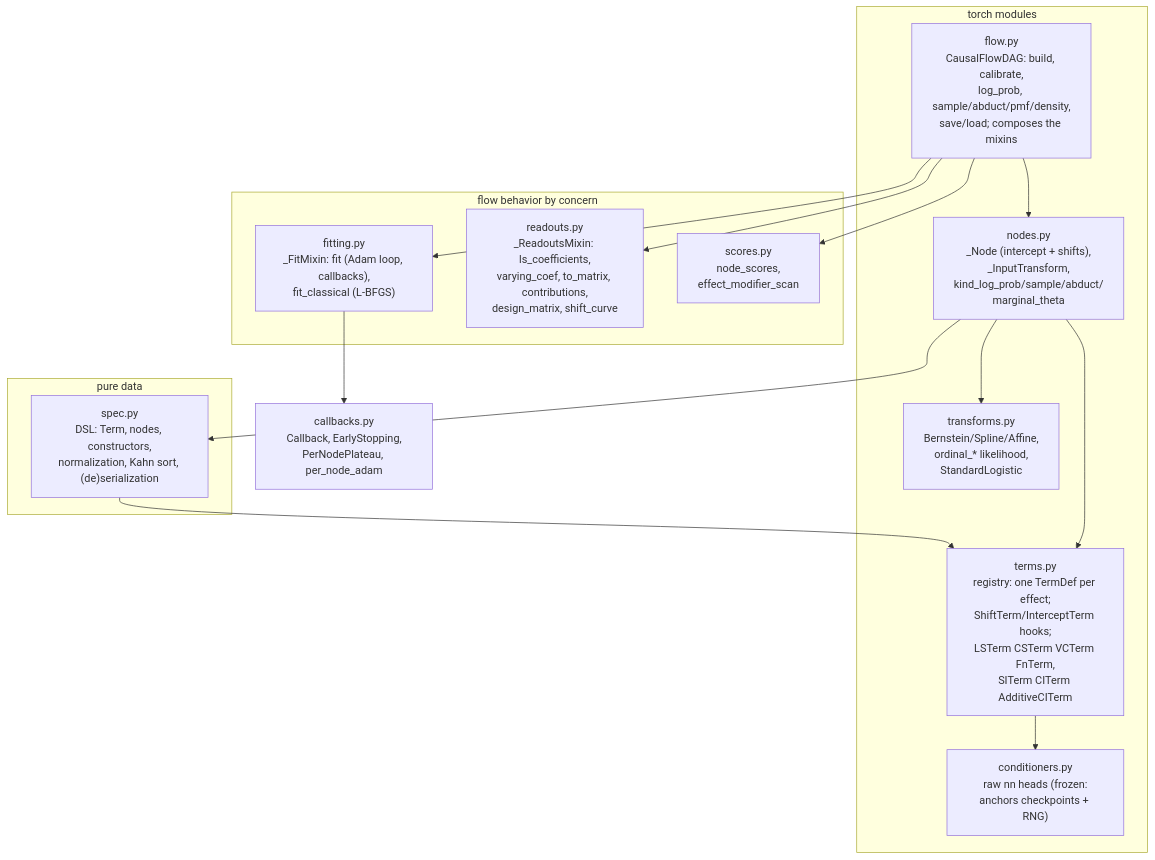
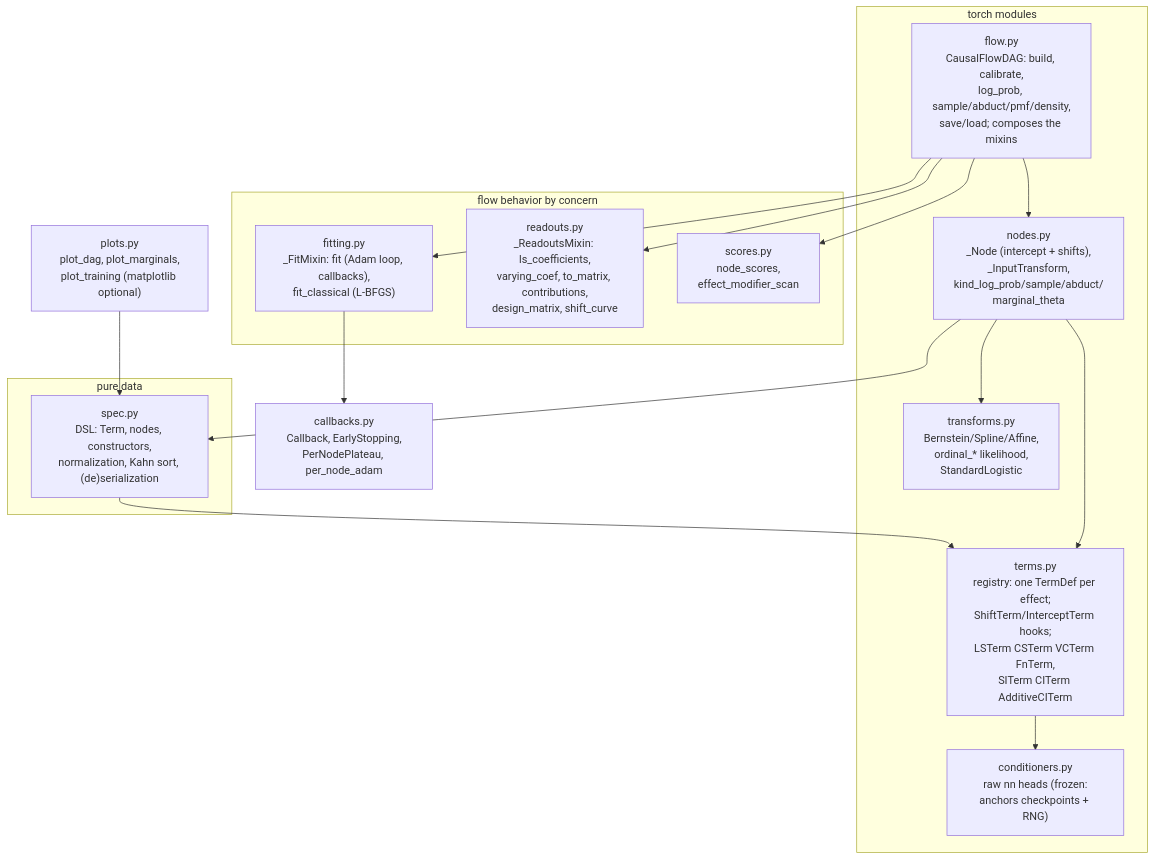
Before and after one commit to tensorchiefs/tramdag: the first of 6 diagrams in docs/architecture.md, drawn with Mermaid. The commit also changed other lines of this file and 11 other files, not shown here.

First line of the commit message:
feat: tramdag.plots — plot_dag, plot_marginals, plot_training

````diff
--- a/docs/architecture.md
+++ b/docs/architecture.md
@@ -10,30 +10,32 @@
 ```mermaid
 graph TD
     subgraph data["pure data"]
         spec["spec.py<br/>DSL: Term, nodes, constructors,<br/>normalization, Kahn sort, (de)serialization"]
     end
     subgraph torch["torch modules"]
         terms["terms.py<br/>registry: one TermDef per effect;<br/>ShiftTerm/InterceptTerm hooks;<br/>LSTerm CSTerm VCTerm FnTerm,<br/>SITerm CITerm AdditiveCITerm"]
         conditioners["conditioners.py<br/>raw nn heads (frozen:<br/>anchors checkpoints + RNG)"]
         transforms["transforms.py<br/>Bernstein/Spline/Affine,<br/>ordinal_* likelihood,<br/>StandardLogistic"]
         nodes["nodes.py<br/>_Node (intercept + shifts),<br/>_InputTransform,<br/>kind_log_prob/sample/abduct/<br/>marginal_theta"]
         flow["flow.py<br/>CausalFlowDAG: build, calibrate,<br/>log_prob, sample/abduct/pmf/density,<br/>save/load; composes the mixins"]
     end
     subgraph functions["flow behavior by concern"]
         fitting["fitting.py<br/>_FitMixin: fit (Adam loop, callbacks),<br/>fit_classical (L-BFGS)"]
         readouts["readouts.py<br/>_ReadoutsMixin: ls_coefficients,<br/>varying_coef, to_matrix, contributions,<br/>design_matrix, shift_curve"]
         scores["scores.py<br/>node_scores,<br/>effect_modifier_scan"]
     end
     callbacks["callbacks.py<br/>Callback, EarlyStopping,<br/>PerNodePlateau, per_node_adam"]
+    plots["plots.py<br/>plot_dag, plot_marginals,<br/>plot_training (matplotlib optional)"]
 
     spec --> terms
+    plots --> spec
     terms --> conditioners
     nodes --> terms
     nodes --> spec
     nodes --> transforms
     flow --> nodes
     flow --> fitting
     flow --> readouts
     flow --> scores
     fitting --> callbacks
 ```
````
